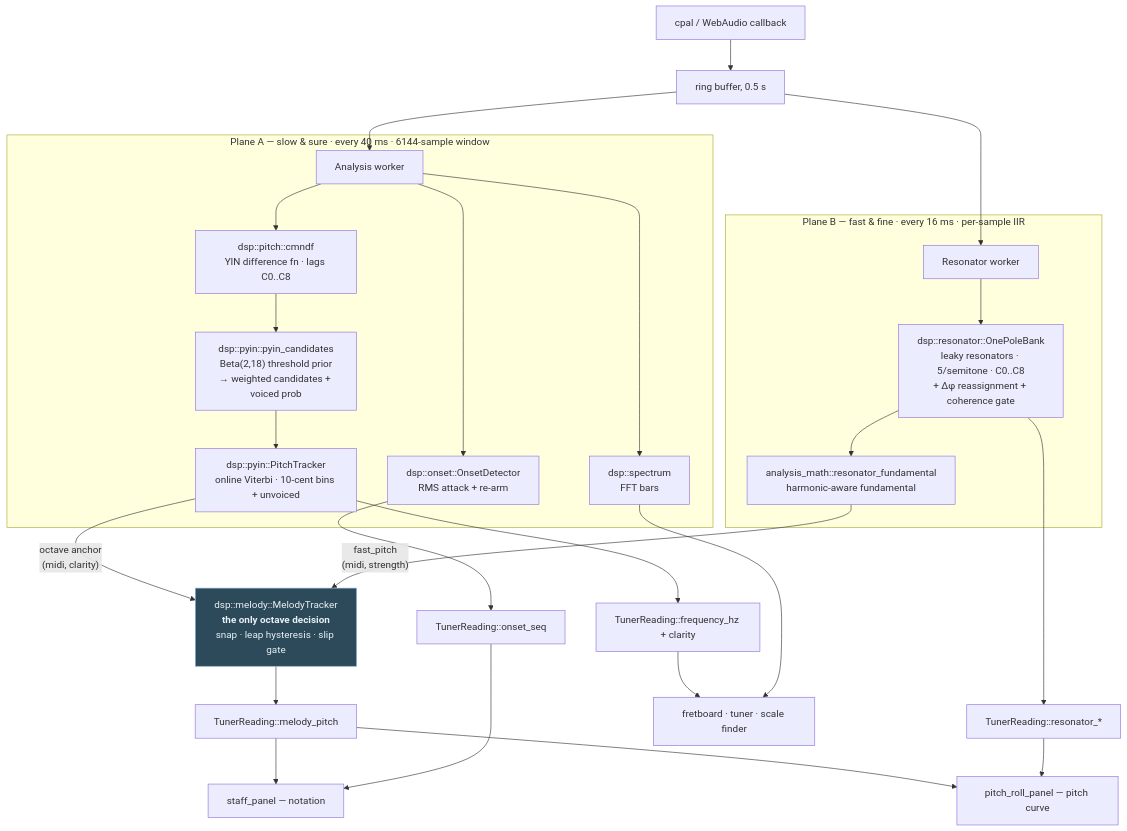
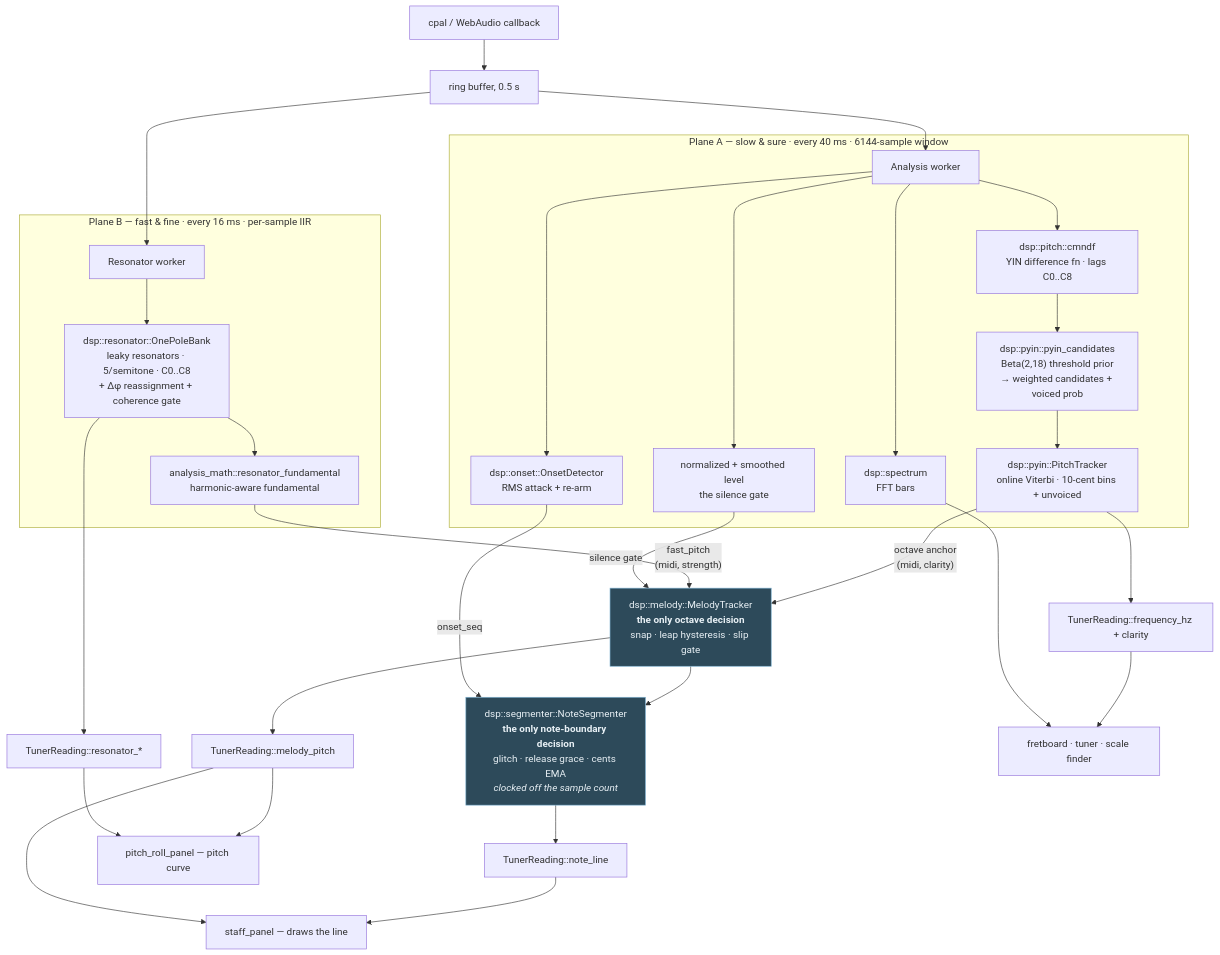
Before and after one commit to enomado/fretboard: the diagram in docs/note_detection.md, drawn with Mermaid. The commit also changed other lines of this file and 10 other files, not shown here.

````diff
--- a/docs/note_detection.md
+++ b/docs/note_detection.md
@@ -42,38 +42,45 @@
 ```mermaid
 flowchart TD
     MIC[cpal / WebAudio callback] --> RING[ring buffer, 0.5 s]
     RING --> A[Analysis worker]
     RING --> B[Resonator worker]
 
     subgraph SLOW["Plane A — slow &amp; sure · every 40 ms · 6144-sample window"]
         A --> CMNDF["dsp::pitch::cmndf<br/>YIN difference fn · lags C0..C8"]
         CMNDF --> CAND["dsp::pyin::pyin_candidates<br/>Beta(2,18) threshold prior<br/>→ weighted candidates + voiced prob"]
         CAND --> HMM["dsp::pyin::PitchTracker<br/>online Viterbi · 10-cent bins + unvoiced"]
         A --> ONSET["dsp::onset::OnsetDetector<br/>RMS attack + re-arm"]
+        A --> LVL["normalized + smoothed level<br/>the silence gate"]
         A --> FFT["dsp::spectrum<br/>FFT bars"]
     end
 
     subgraph FAST["Plane B — fast &amp; fine · every 16 ms · per-sample IIR"]
         B --> BANK["dsp::resonator::OnePoleBank<br/>leaky resonators · 5/semitone · C0..C8<br/>+ Δφ reassignment + coherence gate"]
         BANK --> FUND["analysis_math::resonator_fundamental<br/>harmonic-aware fundamental"]
     end
 
     HMM -->|"octave anchor<br/>(midi, clarity)"| MELODY
     FUND -->|"fast_pitch<br/>(midi, strength)"| MELODY
+    LVL -->|"silence gate"| MELODY
     MELODY["dsp::melody::MelodyTracker<br/><b>the only octave decision</b><br/>snap · leap hysteresis · slip gate"]
 
+    MELODY --> SEG
+    ONSET -->|"onset_seq"| SEG
+    SEG["dsp::segmenter::NoteSegmenter<br/><b>the only note-boundary decision</b><br/>glitch · release grace · cents EMA<br/><i>clocked off the sample count</i>"]
+
     HMM --> FREQ["TunerReading::frequency_hz + clarity"]
-    ONSET --> SEQ["TunerReading::onset_seq"]
     MELODY --> MP["TunerReading::melody_pitch"]
+    SEG --> NL["TunerReading::note_line"]
     BANK --> HEAT["TunerReading::resonator_*"]
 
-    MP --> STAFF["staff_panel — notation"]
+    NL --> STAFF["staff_panel — draws the line"]
     MP --> ROLL["pitch_roll_panel — pitch curve"]
-    SEQ --> STAFF
+    MP --> STAFF
     HEAT --> ROLL
     FREQ --> TUNER["fretboard · tuner · scale finder"]
     FFT --> TUNER
 
     classDef decide fill:#2d4a5a,stroke:#7fb3d3,color:#e8f0f5
     class MELODY decide
+    class SEG decide
 ```
````
